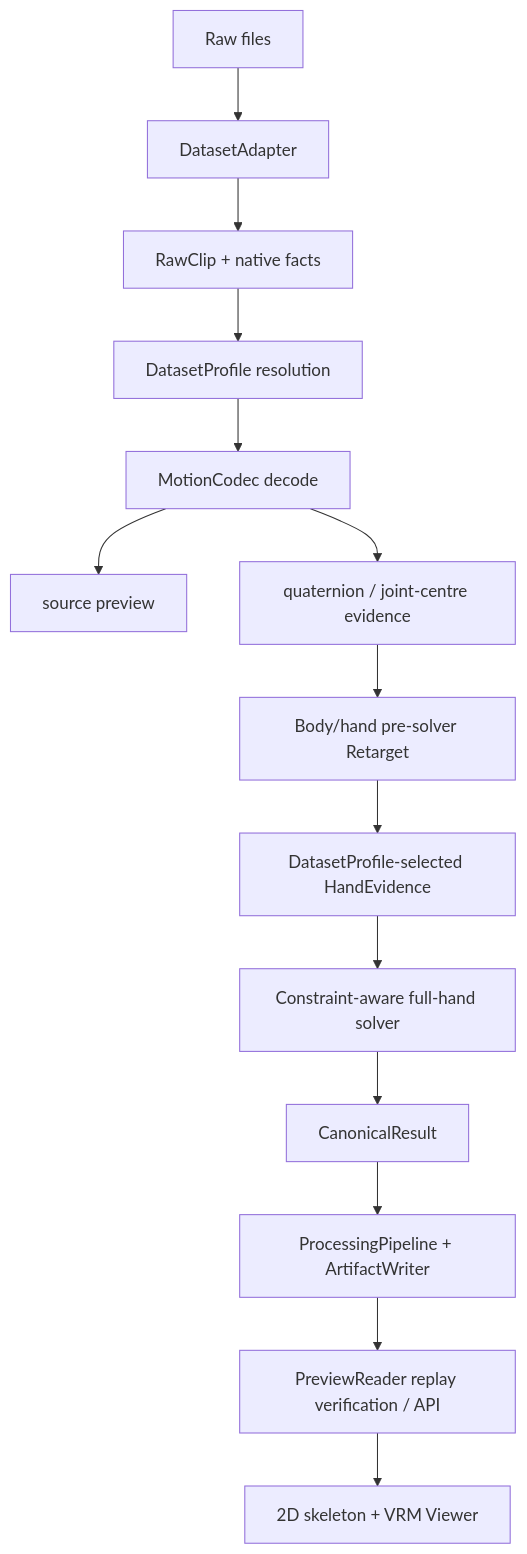
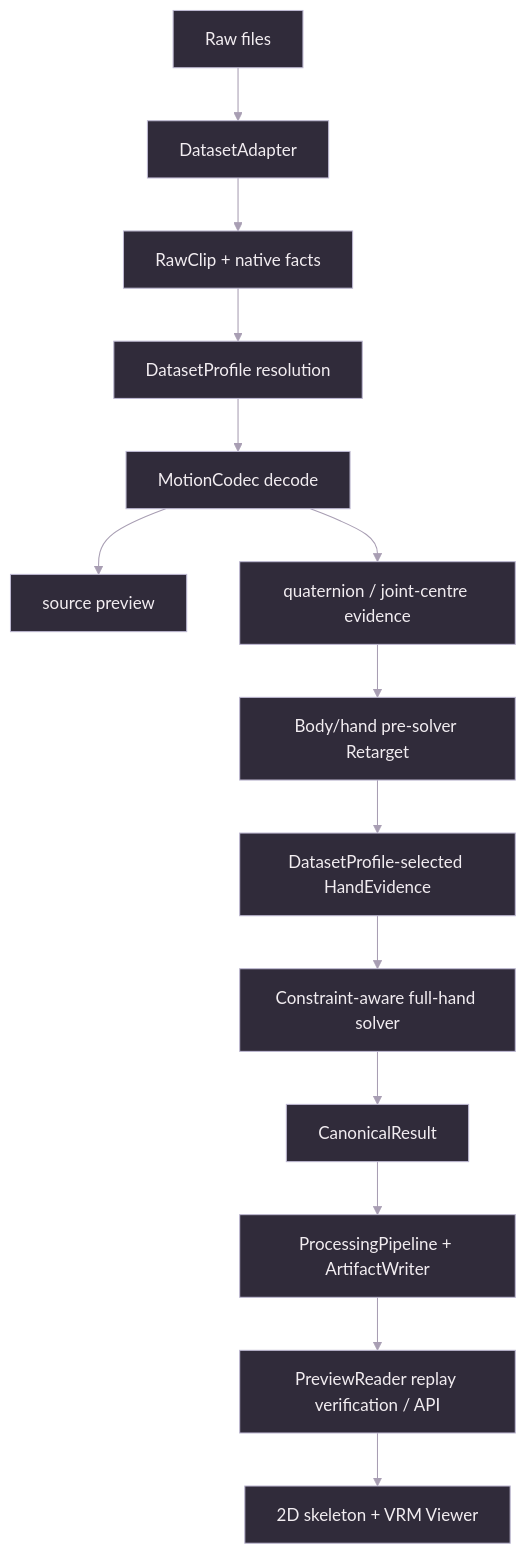
The diagram in doc/engineering-design.zh-CN.md (Moonweave-AI/virea), drawn with Mermaid before and after one commit. The commit also changed other lines of this file and 182 other files, not shown here.

````diff
--- a/doc/engineering-design.zh-CN.md
+++ b/doc/engineering-design.zh-CN.md
@@ -7,16 +11,17 @@
 ```mermaid
+%%{init: {"theme":"base","themeVariables":{"primaryColor":"#302b3a","primaryTextColor":"#f2edf1","primaryBorderColor":"#bdb8d1","secondaryColor":"#352c33","secondaryTextColor":"#f2edf1","secondaryBorderColor":"#c9adb8","tertiaryColor":"#23222b","tertiaryTextColor":"#f2edf1","tertiaryBorderColor":"#a49baa","lineColor":"#a89eb3","textColor":"#716878","edgeLabelBackground":"#eee9ee","clusterBkg":"#23222b","clusterBorder":"#a49baa","titleColor":"#f2edf1","noteBkgColor":"#eee9ee","noteTextColor":"#302b3a","noteBorderColor":"#a49baa"}}}%%
 flowchart TD
     A["Raw files"] --> B["DatasetAdapter"]
     B --> C["RawClip + native facts"]
     C --> D["DatasetProfile resolution"]
     D --> E["MotionCodec decode"]
     E --> F["source preview"]
     E --> G["quaternion / joint-centre evidence"]
     G --> H["Body/hand pre-solver Retarget"]
     H --> I["DatasetProfile-selected HandEvidence"]
     I --> J["Constraint-aware full-hand solver"]
     J --> K["CanonicalResult"]
     K --> L["ProcessingPipeline + ArtifactWriter"]
     L --> M["PreviewReader replay verification / API"]
     M --> N["2D skeleton + VRM Viewer"]
 ```
````
